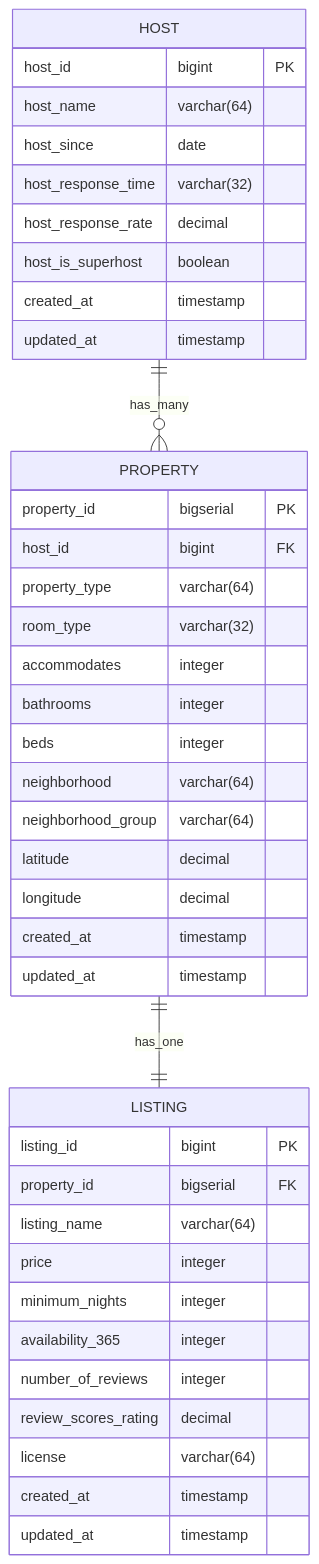
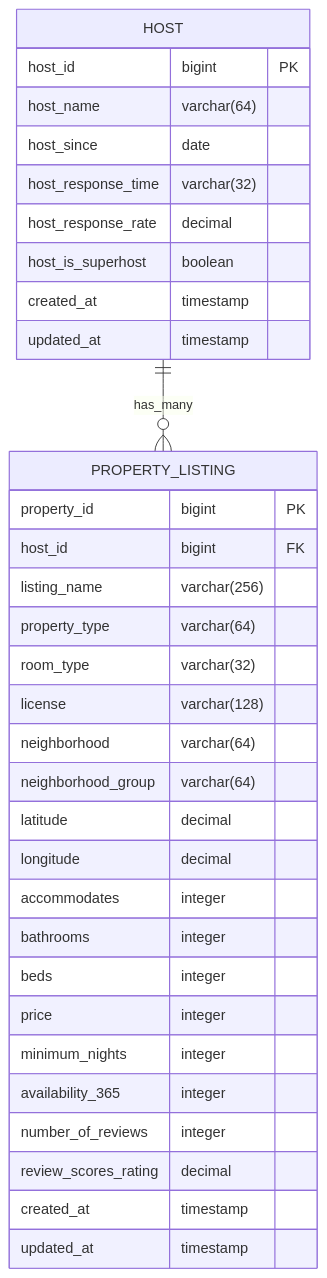
Before and after one commit to smpotts/los-angeles-airbnb-listings: the diagram in entity_relationships.md, drawn with Mermaid. The commit also changed 7 other files, not shown here.

````diff
--- a/entity_relationships.md
+++ b/entity_relationships.md
@@ -1,44 +1,37 @@
 ```mermaid
 erDiagram
   HOST {
         host_id bigint PK
         host_name varchar(64)
         host_since date
         host_response_time varchar(32)
         host_response_rate decimal
         host_is_superhost boolean
         created_at timestamp
         updated_at timestamp
   }
-  HOST ||--o{ PROPERTY : has_many
-  PROPERTY {
-        property_id bigserial PK
+  HOST ||--o{ PROPERTY_LISTING : has_many
+  PROPERTY_LISTING {
+        property_id bigint PK
         host_id bigint FK
+        listing_name varchar(256)
         property_type varchar(64)
         room_type varchar(32)
-        accommodates integer
-        bathrooms integer
-        beds integer
+        license varchar(128)
         neighborhood varchar(64)
         neighborhood_group varchar(64)
         latitude decimal
         longitude decimal
-        created_at timestamp
-        updated_at timestamp
-  }
-  PROPERTY ||--|| LISTING : has_one
-  LISTING {
-        listing_id bigint PK
-        property_id bigserial FK
-        listing_name varchar(64)
+        accommodates integer
+        bathrooms integer
+        beds integer
         price integer
         minimum_nights integer
         availability_365 integer
         number_of_reviews integer
         review_scores_rating decimal
-        license varchar(64)
         created_at timestamp
         updated_at timestamp
   }
 
 ```
````
